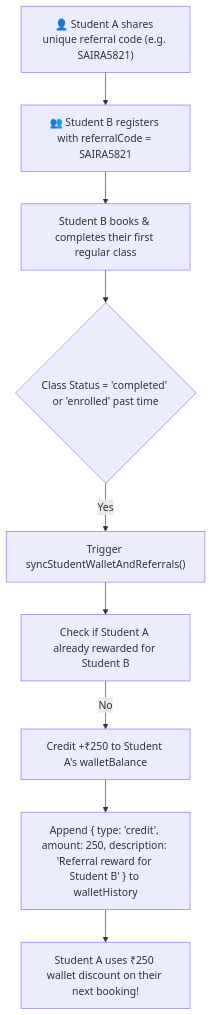
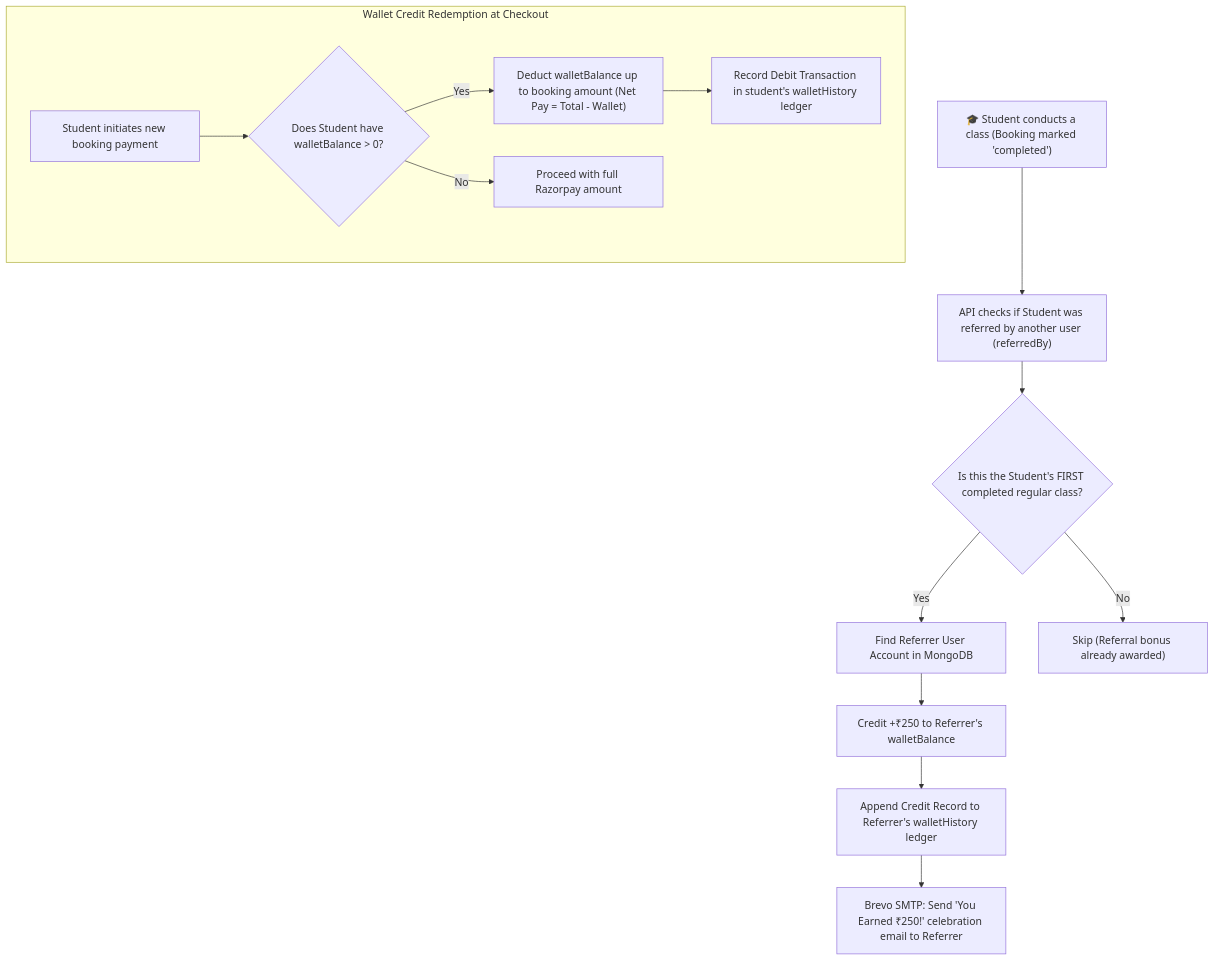
The fifth of 8 diagrams in README.md (sairam0043/teach-grow-guide), drawn with Mermaid before and after one commit. The commit also changed other lines of this file and 6 other files, not shown here.

````diff
--- a/README.md
+++ b/README.md
@@ -292,11 +312,17 @@
 ```mermaid
 flowchart TD
-    A["👤 Student A shares unique referral code (e.g. SAIRA5821)"] --> B["👥 Student B registers with referralCode = SAIRA5821"]
-    B --> C["Student B books & completes their first regular class"]
-    C --> D{"Class Status = 'completed' or 'enrolled' past time"}
-    D -->|Yes| E["Trigger syncStudentWalletAndReferrals()"]
-    E --> F["Check if Student A already rewarded for Student B"]
-    F -->|No| G["Credit +₹250 to Student A's walletBalance"]
-    G --> H["Append { type: 'credit', amount: 250, description: 'Referral reward for Student B' } to walletHistory"]
-    H --> I["Student A uses ₹250 wallet discount on their next booking!"]
+    A["🎓 Student conducts a class (Booking marked 'completed')"] --> B["API checks if Student was referred by another user (referredBy)"]
+    B --> C{"Is this the Student's FIRST completed regular class?"}
+    C -->|Yes| D["Find Referrer User Account in MongoDB"]
+    D --> E["Credit +₹250 to Referrer's walletBalance"]
+    E --> F["Append Credit Record to Referrer's walletHistory ledger"]
+    F --> G["Brevo SMTP: Send 'You Earned ₹250!' celebration email to Referrer"]
+    C -->|No| H["Skip (Referral bonus already awarded)"]
+    
+    subgraph Redemption["Wallet Credit Redemption at Checkout"]
+        I["Student initiates new booking payment"] --> J{"Does Student have walletBalance > 0?"}
+        J -->|Yes| K["Deduct walletBalance up to booking amount (Net Pay = Total - Wallet)"]
+        K --> L["Record Debit Transaction in student's walletHistory ledger"]
+        J -->|No| M["Proceed with full Razorpay amount"]
+    end
 ```
````
